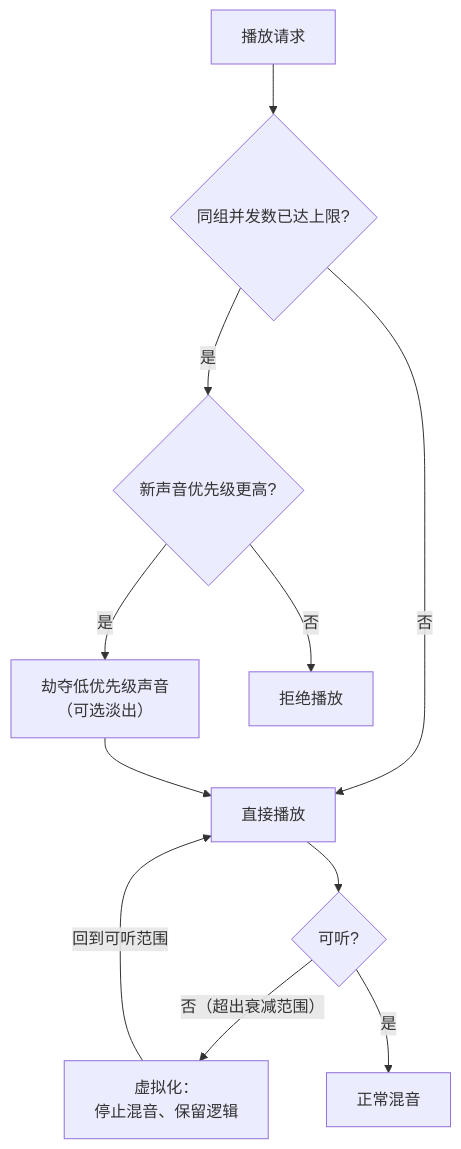
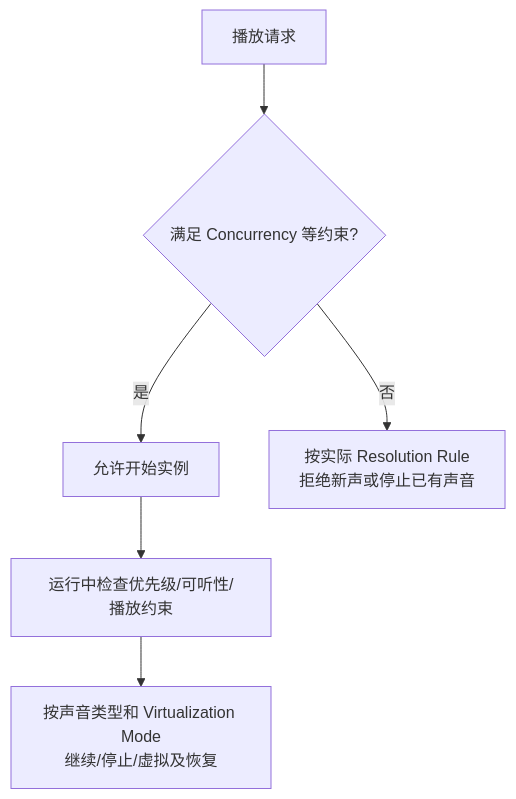
One commit to fantuan812/learning changed the fourth of 4 diagrams in 知识/04-图形动画与物理仿真/音频播放与程序化声音/03-MetaSound与程序化音频.md. Above: the diagram before and after it, drawn with Mermaid. The commit also changed other lines of this file and 2 other files, not shown here.

````diff
--- a/知识/04-图形动画与物理仿真/音频播放与程序化声音/03-MetaSound与程序化音频.md
+++ b/知识/04-图形动画与物理仿真/音频播放与程序化声音/03-MetaSound与程序化音频.md
@@ -219,13 +249,8 @@
 ```mermaid
 flowchart TD
-    A["播放请求"] --> B{"同组并发数已达上限?"}
-    B -->|"否"| C["直接播放"]
-    B -->|"是"| D{"新声音优先级更高?"}
-    D -->|"是"| E["劫夺低优先级声音<br/>（可选淡出）"]
-    D -->|"否"| F["拒绝播放"]
-    E --> C
-    C --> G{"可听?"}
-    G -->|"否（超出衰减范围）"| H["虚拟化：<br/>停止混音、保留逻辑"]
-    G -->|"是"| I["正常混音"]
-    H -->|"回到可听范围"| C
+    Request["播放请求"] --> Check{"满足 Concurrency 等约束?"}
+    Check -->|"是"| Start["允许开始实例"]
+    Check -->|"否"| Rule["按实际 Resolution Rule<br/>拒绝新声或停止已有声音"]
+    Start --> State["运行中检查优先级/可听性/播放约束"]
+    State --> Mode["按声音类型和 Virtualization Mode<br/>继续/停止/虚拟及恢复"]
 ```
````
